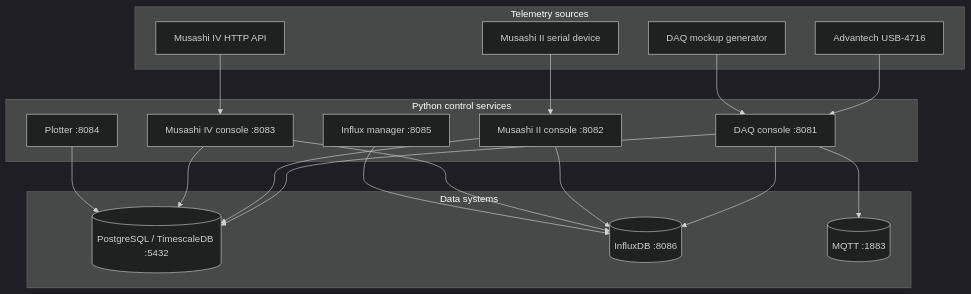
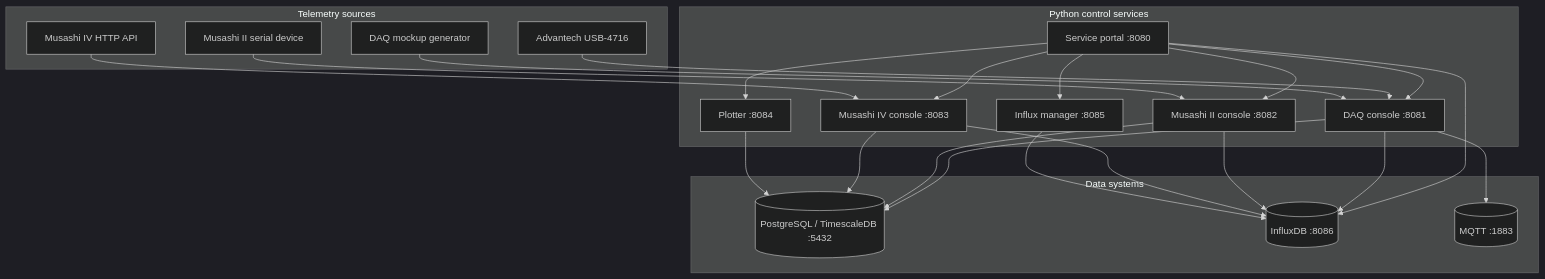
Before and after one commit to Faiisu/MDDP-machine-ingest: the diagram in docs/ARCHITECTURE.md, drawn with Mermaid (dark theme). The commit also changed 27 other files, not shown here.

````diff
--- a/docs/ARCHITECTURE.md
+++ b/docs/ARCHITECTURE.md
@@ -7,37 +7,44 @@
 ```mermaid
 flowchart TB
     subgraph Devices[Telemetry sources]
         USB[Advantech USB-4716]
         M2[Musashi II serial device]
         M4[Musashi IV HTTP API]
         MOCK[DAQ mockup generator]
     end
 
     subgraph Control[Python control services]
+        PORTAL[Service portal :8080]
         DAQ[DAQ console :8081]
         S2[Musashi II console :8082]
         S4[Musashi IV console :8083]
         PLOT[Plotter :8084]
         IM[Influx manager :8085]
     end
 
     subgraph Data[Data systems]
         PG[(PostgreSQL / TimescaleDB :5432)]
         IN[(InfluxDB :8086)]
         MQ[(MQTT :1883)]
     end
 
+    PORTAL --> DAQ
+    PORTAL --> S2
+    PORTAL --> S4
+    PORTAL --> PLOT
+    PORTAL --> IM
+    PORTAL --> IN
     USB --> DAQ
     MOCK --> DAQ
     M2 --> S2
     M4 --> S4
     DAQ --> PG
     DAQ --> IN
     DAQ --> MQ
     S2 --> PG
     S2 --> IN
     S4 --> PG
     S4 --> IN
     PLOT --> PG
     IM --> IN
 ```
````
